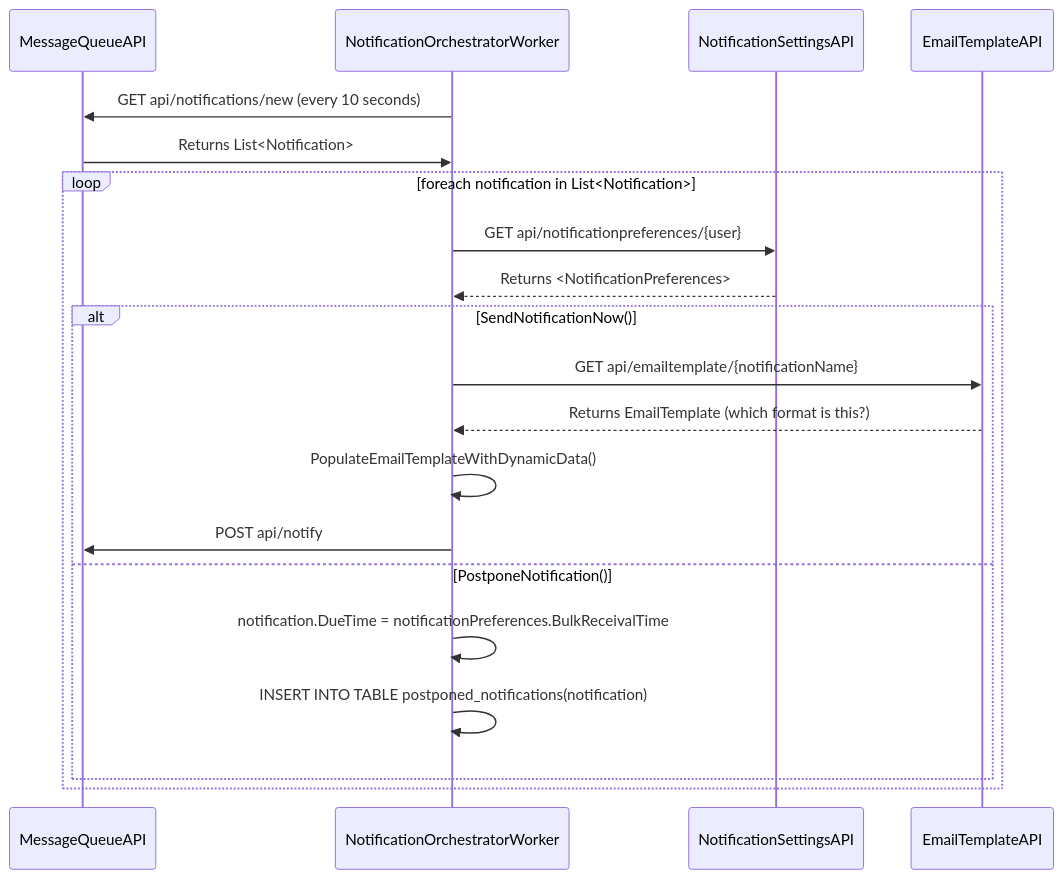
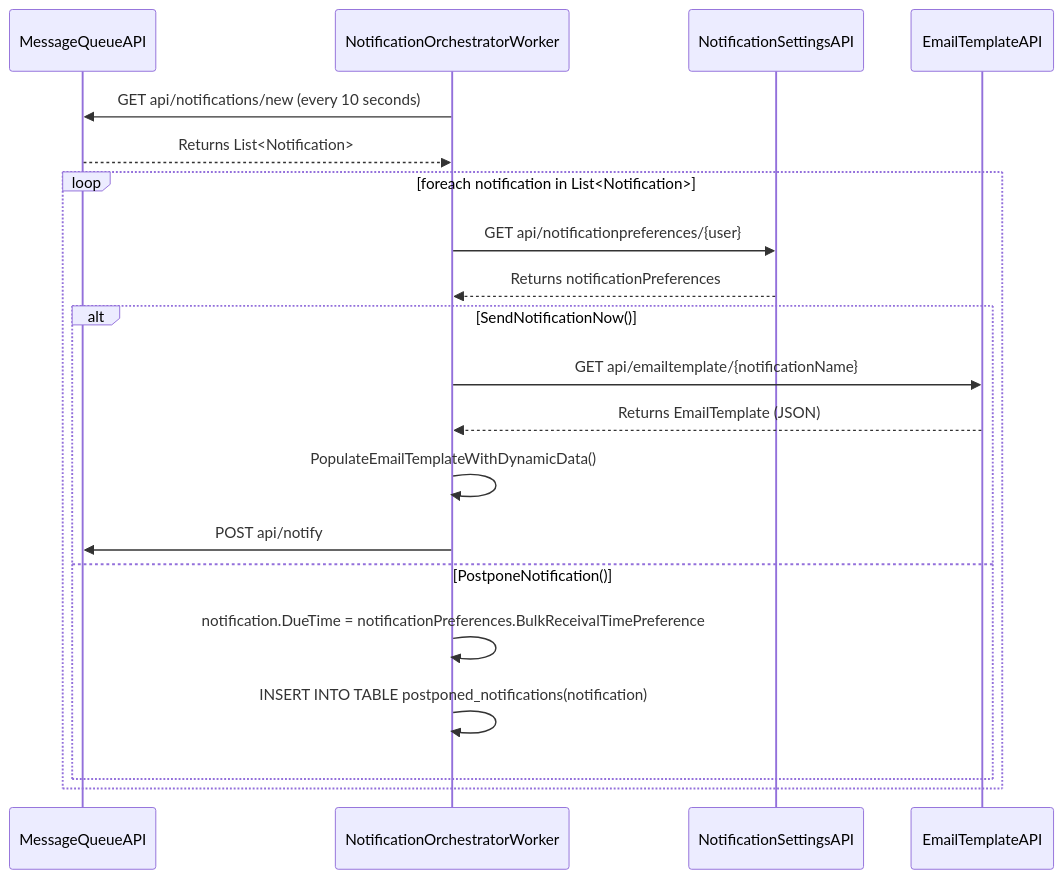
The second of 4 diagrams in Diagrams/SequenceDiagrams.md (rasmusulriksen/BachelorsProject), drawn with Mermaid before and after one commit. The commit also changed other lines of this file, not shown here.

Commit message:
Improved sequence diagrams

````diff
--- a/Diagrams/SequenceDiagrams.md
+++ b/Diagrams/SequenceDiagrams.md
@@ -35,23 +35,23 @@
 ```mermaid
 sequenceDiagram
     participant MessageQueueAPI
     participant NotificationOrchestratorWorker
     participant NotificationSettingsAPI
     participant EmailTemplateAPI
 
     NotificationOrchestratorWorker->>MessageQueueAPI: GET api/notifications/new (every 10 seconds)
-    MessageQueueAPI->>NotificationOrchestratorWorker: Returns List<Notification>
+    MessageQueueAPI-->>NotificationOrchestratorWorker: Returns List<Notification>
     loop foreach notification in List<Notification>
         NotificationOrchestratorWorker->>NotificationSettingsAPI: GET api/notificationpreferences/{user}
-        NotificationSettingsAPI-->>NotificationOrchestratorWorker: Returns <NotificationPreferences>
+        NotificationSettingsAPI-->>NotificationOrchestratorWorker: Returns notificationPreferences
         alt SendNotificationNow()
             NotificationOrchestratorWorker->>EmailTemplateAPI: GET api/emailtemplate/{notificationName}
-            EmailTemplateAPI-->>NotificationOrchestratorWorker: Returns EmailTemplate (which format is this?)
+            EmailTemplateAPI-->>NotificationOrchestratorWorker: Returns EmailTemplate (JSON)
             NotificationOrchestratorWorker->>NotificationOrchestratorWorker: PopulateEmailTemplateWithDynamicData()
             NotificationOrchestratorWorker->>MessageQueueAPI: POST api/notify
         else PostponeNotification()
-            NotificationOrchestratorWorker->>NotificationOrchestratorWorker: notification.DueTime = notificationPreferences.BulkReceivalTime
+            NotificationOrchestratorWorker->>NotificationOrchestratorWorker: notification.DueTime = notificationPreferences.BulkReceivalTimePreference
             NotificationOrchestratorWorker->>NotificationOrchestratorWorker: INSERT INTO TABLE postponed_notifications(notification)
         end 
     end
 ```
````
